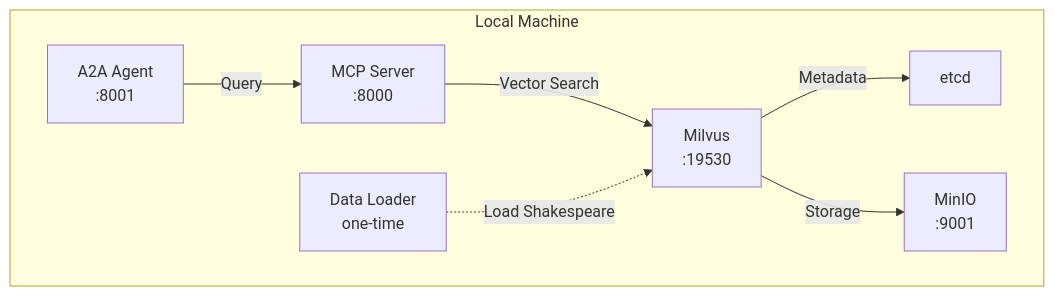
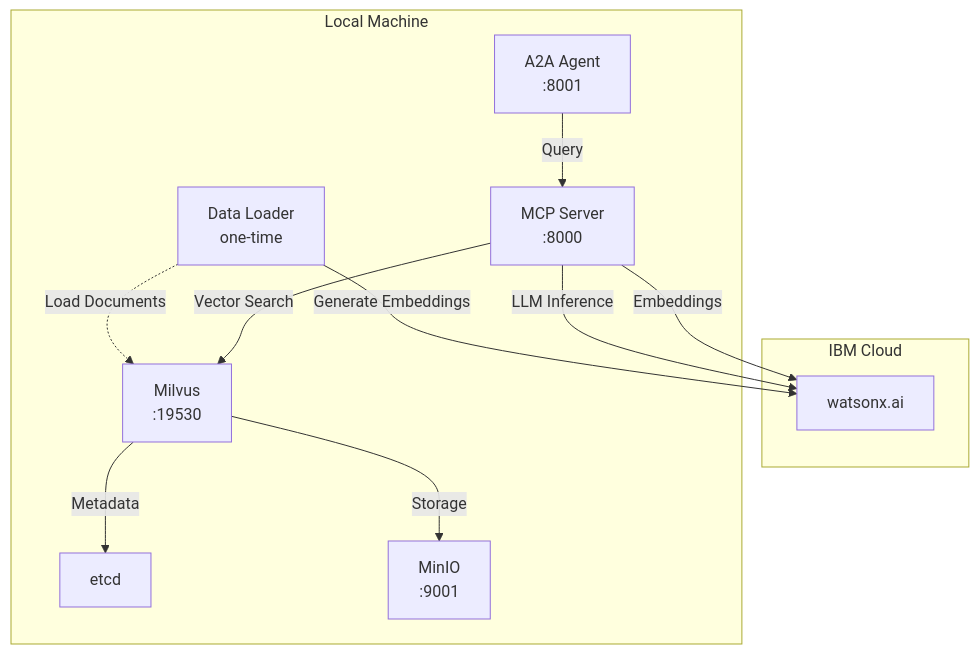
The diagram in docs/docs/deployment/local.md (binnes/a2a), drawn with Mermaid before and after one commit. The commit also changed other lines of this file, not shown here.

Commit message:
ensure watsonx.ai is mentioned in docs to provide access to models

````diff
--- a/docs/docs/deployment/local.md
+++ b/docs/docs/deployment/local.md
@@ -16,17 +16,24 @@
 ```mermaid
 graph TB
+    subgraph "IBM Cloud"
+        WX[watsonx.ai]
+    end
+    
     subgraph "Local Machine"
         A2A[A2A Agent<br/>:8001]
         MCP[MCP Server<br/>:8000]
         Milvus[Milvus<br/>:19530]
         etcd[etcd]
         MinIO[MinIO<br/>:9001]
         Loader[Data Loader<br/>one-time]
         
         A2A -->|Query| MCP
         MCP -->|Vector Search| Milvus
+        MCP -->|Embeddings| WX
+        MCP -->|LLM Inference| WX
         Milvus -->|Metadata| etcd
         Milvus -->|Storage| MinIO
-        Loader -.->|Load Shakespeare| Milvus
+        Loader -.->|Load Documents| Milvus
+        Loader -->|Generate Embeddings| WX
     end
 ```
````
